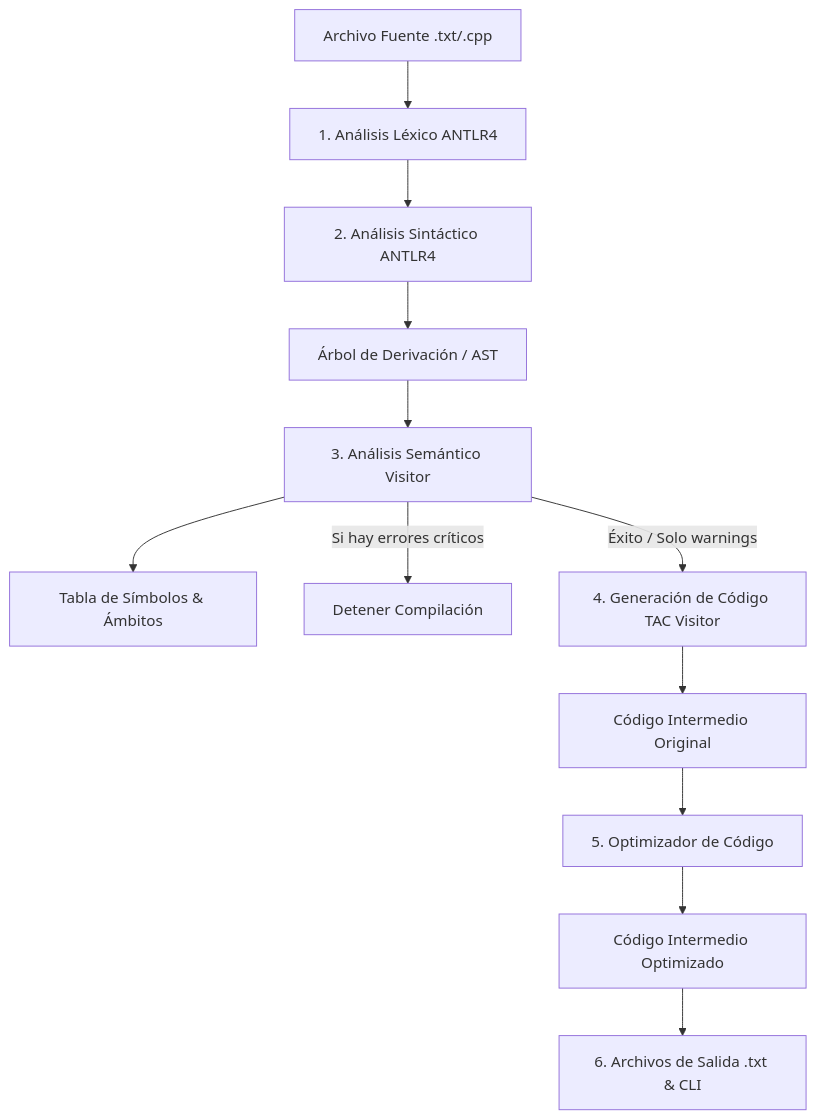
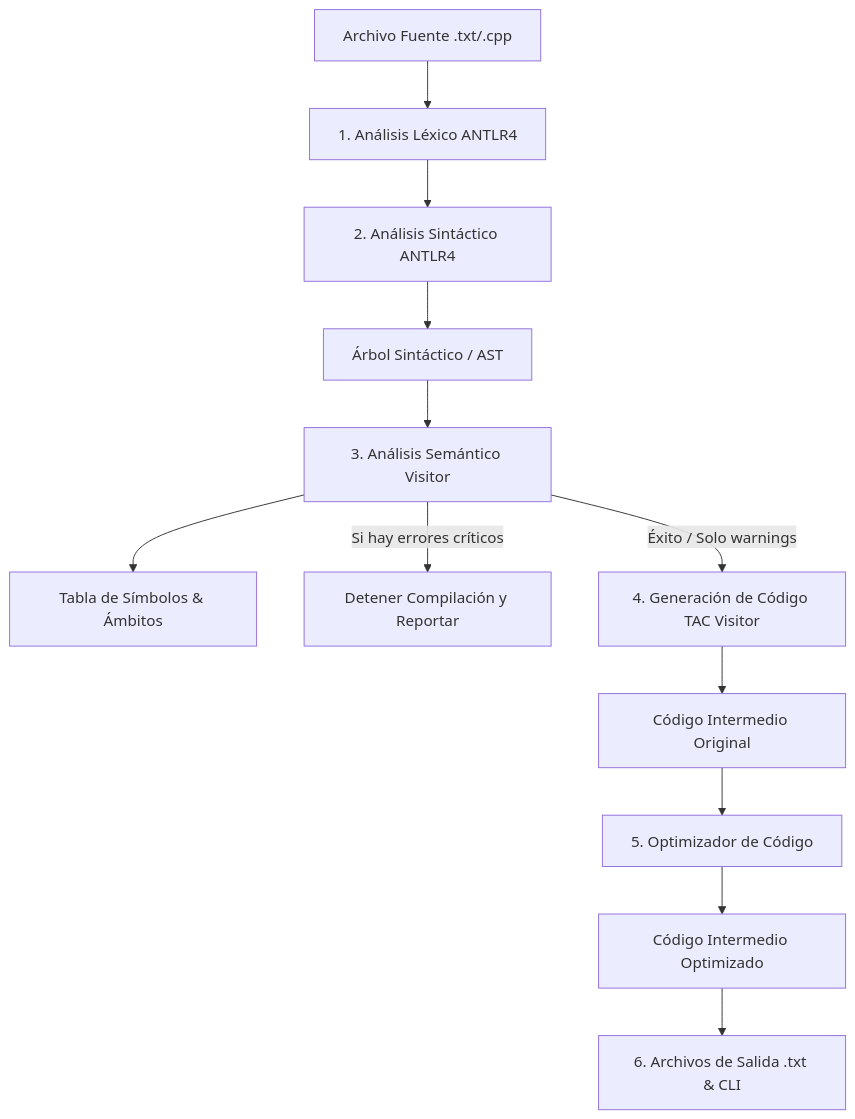
The diagram in informe_tecnico_compilador.md (GastMolina267/T-cnicasCompilaci-n_2026), drawn with Mermaid before and after one commit. The commit also changed other lines of this file, not shown here.

````diff
--- a/informe_tecnico_compilador.md
+++ b/informe_tecnico_compilador.md
@@ -39,14 +56,14 @@
 ```mermaid
 graph TD
     CodigoFuente[Archivo Fuente .txt/.cpp] --> Lexer[1. Análisis Léxico ANTLR4]
     Lexer --> Parser[2. Análisis Sintáctico ANTLR4]
-    Parser --> AST[Árbol de Derivación / AST]
+    Parser --> AST[Árbol Sintáctico / AST]
     AST --> Semantic[3. Análisis Semántico Visitor]
     Semantic --> SymbolTable[Tabla de Símbolos & Ámbitos]
-    Semantic -- Si hay errores críticos --> Stop[Detener Compilación]
+    Semantic -- Si hay errores críticos --> Stop[Detener Compilación y Reportar]
     Semantic -- Éxito / Solo warnings --> TACGen[4. Generación de Código TAC Visitor]
     TACGen --> TACIntermedio[Código Intermedio Original]
     TACIntermedio --> Optimizer[5. Optimizador de Código]
     Optimizer --> TACOptimizado[Código Intermedio Optimizado]
     TACOptimizado --> Outputs[6. Archivos de Salida .txt & CLI]
 ```
````
